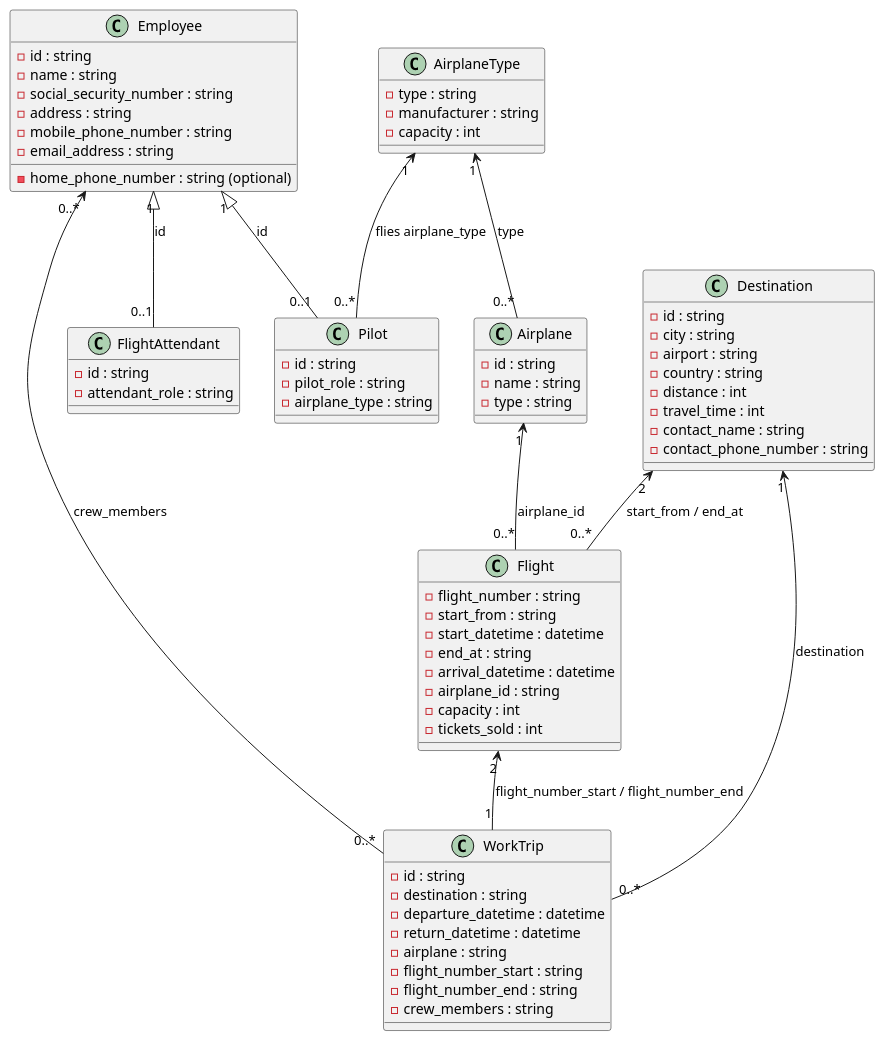
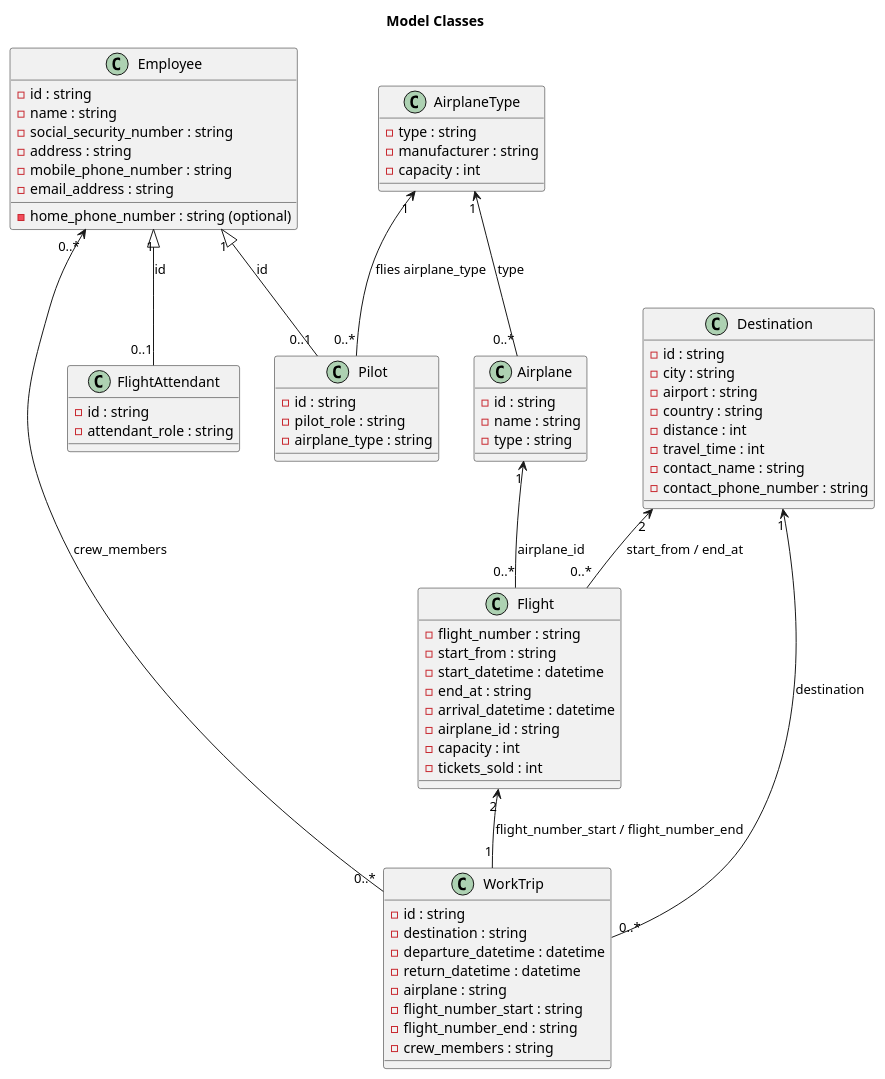
The diagram in Planning/Class Diagrams/ModelClassDiagram.puml (GiantMushy/NanAir), drawn with PlantUML before and after one commit. The commit also changed 1 other file, not shown here.

Commit message:
further class diagram updates
further class diagram updates

```diff
--- a/Planning/Class Diagrams/ModelClassDiagram.puml
+++ b/Planning/Class Diagrams/ModelClassDiagram.puml
@@ -1,84 +1,83 @@
 @startuml
+title Model Classes
 
 class Employee {
     - id : string
     - name : string
     - social_security_number : string
     - address : string
     - mobile_phone_number : string
     - email_address : string
     - home_phone_number : string (optional)
 }
 
 class FlightAttendant {
     - id : string
     - attendant_role : string
 }
 
 class Pilot {
     - id : string
     - pilot_role : string
     - airplane_type : string
 }
 
 
 class Airplane {
     - id : string
     - name : string
     - type : string
 }
 
 class AirplaneType {
     - type : string
     - manufacturer : string
     - capacity : int
 }
-
-
 
 
 class Flight {
     - flight_number : string
     - start_from : string
     - start_datetime : datetime
     - end_at : string
     - arrival_datetime : datetime
     - airplane_id : string
     - capacity : int
     - tickets_sold : int
 }
 
 class Destination {
     - id : string
     - city : string
     - airport : string
     - country : string
     - distance : int
     - travel_time : int
     - contact_name : string
     - contact_phone_number : string
 }
 
 
 class WorkTrip {
     - id : string
     - destination : string
     - departure_datetime : datetime
     - return_datetime : datetime
     - airplane : string
     - flight_number_start : string
     - flight_number_end : string
     - crew_members : string
 }
 
 AirplaneType "1" <-- "0..*" Airplane : type
 Destination "2" <-- "0..*" Flight : start_from / end_at
 Employee "1" <|-- "0..1" FlightAttendant : id
 Employee "1" <|-- "0..1" Pilot : id
 AirplaneType "1" <-- "0..*" Pilot : flies airplane_type
 Airplane "1" <-- "0..*" Flight : airplane_id
 Destination "1" <-- "0..*" WorkTrip : destination
 Flight "2" <-- "1" WorkTrip : flight_number_start / flight_number_end
 Employee "0..*" <-- "0..*" WorkTrip : crew_members
 
 @enduml
```
